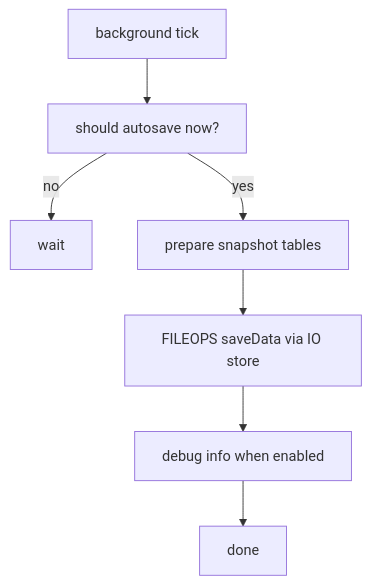
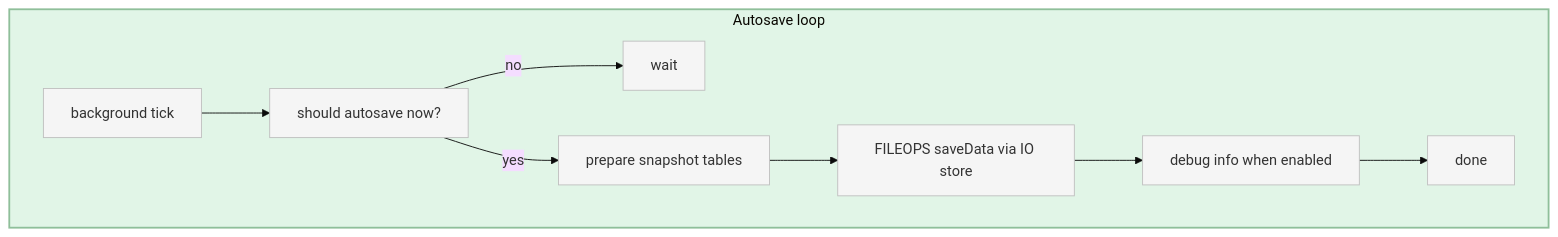
One commit to Gh0st352/AETHR changed the third of 3 diagrams in docs/autosave/README.md. Above: the diagram before and after it, drawn with Mermaid. The commit also changed other lines of this file, not shown here.

Commit message:
docs: enhance injection lifecycle and autosave flow diagrams for clarity and structure

````diff
--- a/docs/autosave/README.md
+++ b/docs/autosave/README.md
@@ -56,9 +71,22 @@
 ```mermaid
-flowchart TD
-  TICK[background tick] --> CHECK[should autosave now?]
-  CHECK -->|no| WAIT[wait]
-  CHECK -->|yes| SNAP[prepare snapshot tables]
-  SNAP --> PERSIST[FILEOPS saveData via IO store]
-  PERSIST --> LOG[debug info when enabled]
-  LOG --> DONE[done]
+%%{init: {"theme":"base"}}%%
+flowchart TB
+  subgraph LOOP [Autosave loop]
+    style LOOP fill:#e1f5e7,stroke:#8fbf9a,stroke-width:2px
+    TICK[background tick]
+    CHECK[should autosave now?]
+    WAIT[wait]
+    SNAP[prepare snapshot tables]
+    PERSIST[FILEOPS saveData via IO store]
+    LOG[debug info when enabled]
+    DONE[done]
+    TICK --> CHECK
+    CHECK -->|no| WAIT
+    CHECK -->|yes| SNAP
+    SNAP --> PERSIST
+    PERSIST --> LOG
+    LOG --> DONE
+  end
+  classDef loopNode fill:#f5f5f5,stroke:#bfbfbf
+  class TICK,CHECK,WAIT,SNAP,PERSIST,LOG,DONE loopNode
 ```
````
